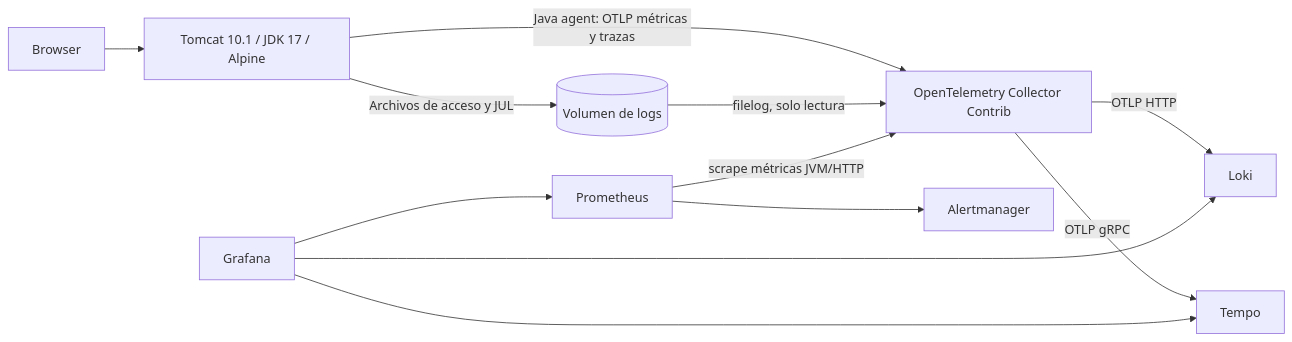
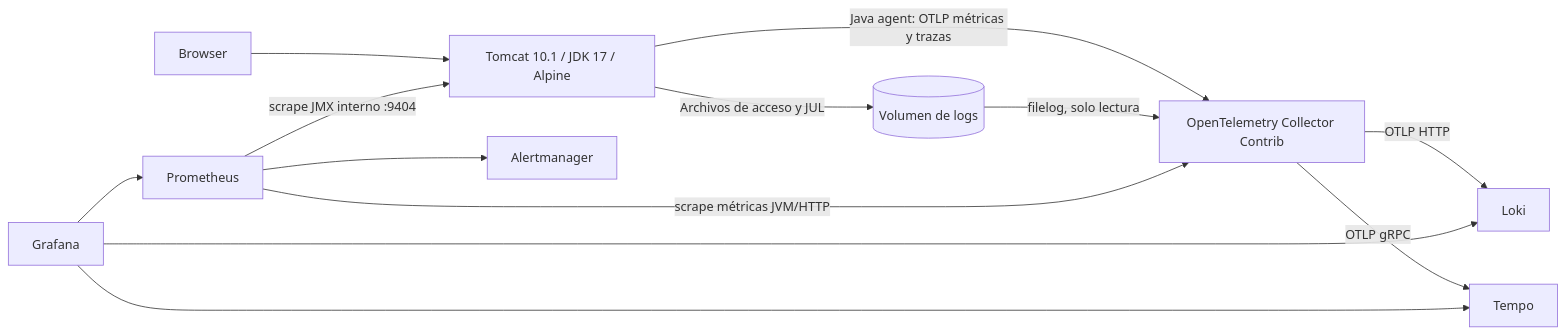
The diagram in tomcat-observability/README.md (gstvo2k15/labcicd), drawn with Mermaid before and after one commit. The commit also changed other lines of this file and 14 other files, not shown here.

````diff
--- a/tomcat-observability/README.md
+++ b/tomcat-observability/README.md
@@ -7,14 +7,15 @@
 ```mermaid
 flowchart LR
   Browser --> Tomcat[Tomcat 10.1 / JDK 17 / Alpine]
   Tomcat -->|Java agent: OTLP métricas y trazas| Collector[OpenTelemetry Collector Contrib]
   Tomcat -->|Archivos de acceso y JUL| Logs[(Volumen de logs)]
   Logs -->|filelog, solo lectura| Collector
   Collector -->|OTLP HTTP| Loki
   Collector -->|OTLP gRPC| Tempo
   Prometheus -->|scrape métricas JVM/HTTP| Collector
+  Prometheus -->|scrape JMX interno :9404| Tomcat
   Prometheus --> Alertmanager
   Grafana --> Prometheus
   Grafana --> Loki
   Grafana --> Tempo
 ```
````
